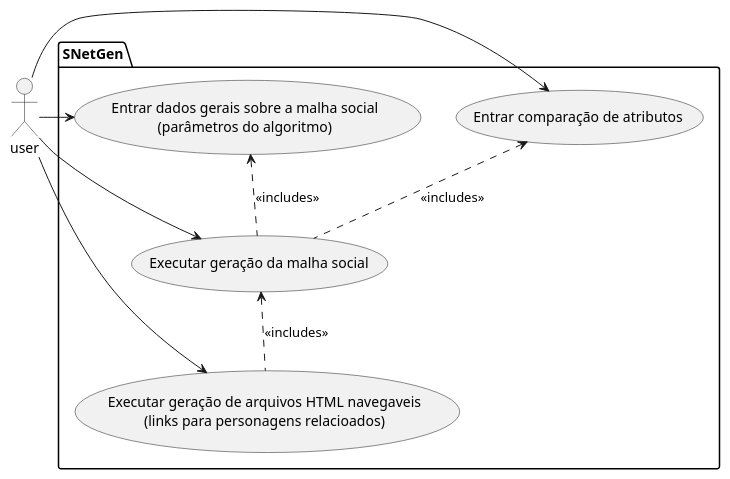
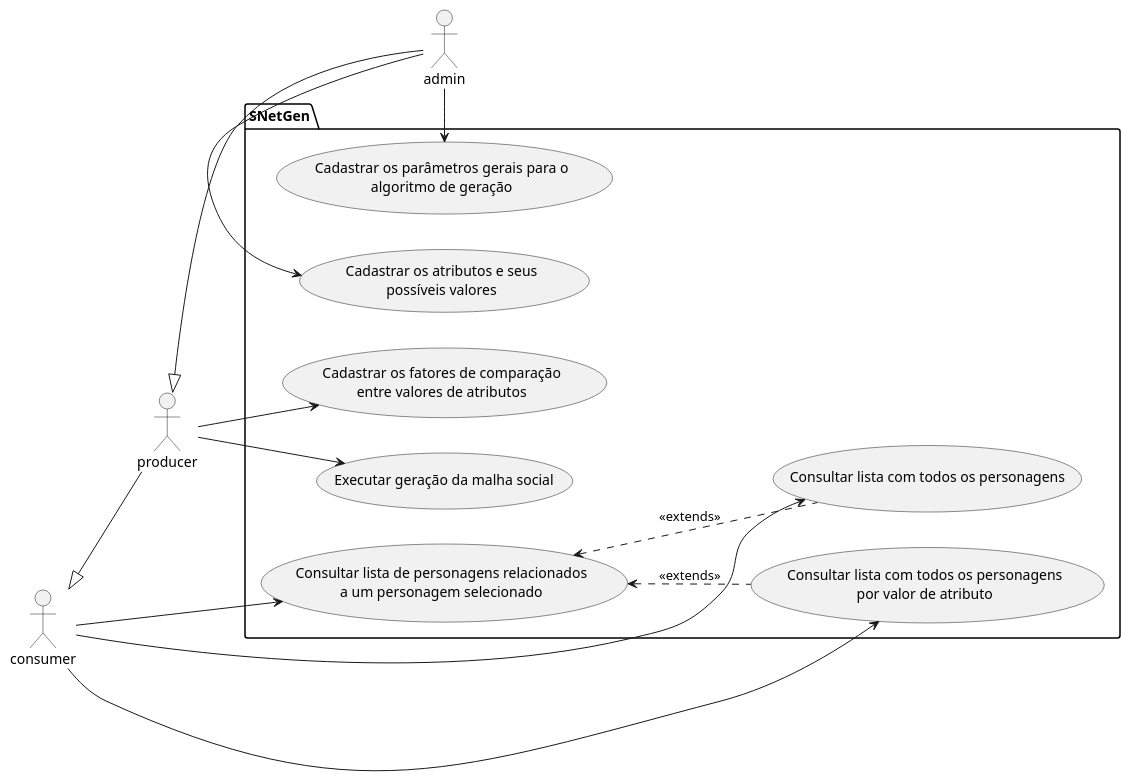
One commit to gustavospiess/bcc_2020_2_prjsft2 changed the diagram in 2020-09-04 - aula03 preparacao da proposta comercial/usecase.puml. Above: the diagram before and after it, drawn with PlantUML. The commit also changed other lines of this file and 19 other files, not shown here.

```diff
--- a/2020-09-04 - aula03 preparacao da proposta comercial/usecase.puml
+++ b/2020-09-04 - aula03 preparacao da proposta comercial/usecase.puml
@@ -11,19 +14,39 @@
 @startuml
-actor user
+
+left to right direction
+
 package SNetGen {
-    usecase "Entrar comparação de atributos" as uc1
-    usecase "Entrar dados gerais sobre a malha social\n(parâmetros do algoritmo)" as uc2
-    usecase "Executar geração da malha social" as uc3
-    usecase "Executar geração de arquivos HTML navegaveis\n(links para personagens relacioados)" as uc4
+    usecase "Cadastrar os parâmetros gerais para o\nalgoritmo de geração" as uc1
+    usecase "Cadastrar os atributos e seus\npossíveis valores" as uc2
+    usecase "Cadastrar os fatores de comparação\nentre valores de atributos" as uc3
+    usecase "Executar geração da malha social" as uc4
+    usecase "Consultar lista com todos os personagens" as uc5
+    usecase "Consultar lista com todos os personagens\npor valor de atributo" as uc6
+    usecase "Consultar lista de personagens relacionados\na um personagem selecionado" as uc7
 }
 
-user -> uc1
-user -> uc2
-user -> uc3
-user -> uc4
+actor producer
+actor consumer
+actor admin
 
-uc1 <.. uc3: <<includes>>
-uc2 <.. uc3: <<includes>>
-uc3 <.. uc4: <<includes>>
+admin -up-|> producer
+producer -up-|> consumer
+
+
+admin -> uc1
+admin -> uc2
+producer -> uc3
+producer -> uc4
+
+consumer -> uc5
+consumer -> uc6
+consumer -> uc7
+
+/' uc1 <.. uc3: <<includes>> '/
+/' uc2 <.. uc3: <<includes>> '/
+/' uc3 <.. uc4: <<includes>> '/
+
+uc7 <.. uc5: <<extends>>
+uc7 <.. uc6: <<extends>>
 
 @enduml
```
